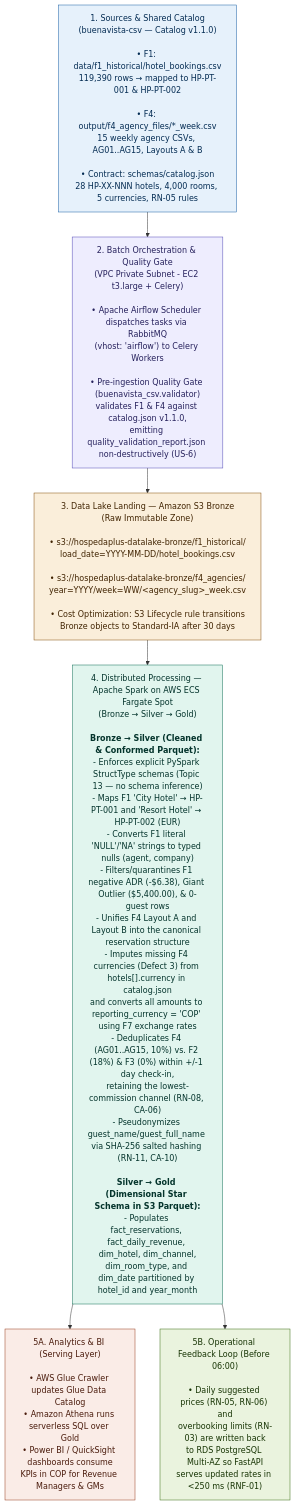
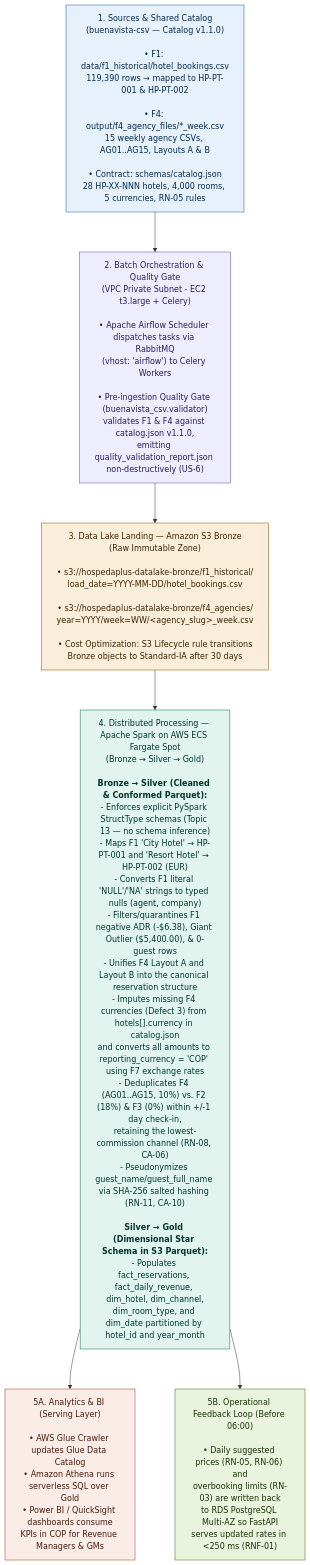
One commit to HospedaPlus/hospedaplus-csv changed the diagram in docs/data-sources/index.md. Above: the diagram before and after it, drawn with Mermaid.

Commit message:
Commit: Update index.md with pricing details and flowchart
Added details about country seasons and pricing, and included a flowchart for end-to-end data flow in the Medallion Architecture.

````diff
--- a/docs/data-sources/index.md
+++ b/docs/data-sources/index.md
@@ -40,32 +40,33 @@
 ```mermaid
+%%{init: {'flowchart': {'nodeSpacing': 80, 'rankSpacing': 80, 'htmlLabels': true}, 'themeVariables': {'fontSize': '16px'}}}%%
 flowchart TD
     A["1. Sources & Shared Catalog<br/>(buenavista-csv — Catalog v1.1.0)<br/><br/>• F1: data/f1_historical/hotel_bookings.csv<br/>119,390 rows → mapped to HP-PT-001 & HP-PT-002<br/><br/>• F4: output/f4_agency_files/*_week.csv<br/>15 weekly agency CSVs, AG01..AG15, Layouts A & B<br/><br/>• Contract: schemas/catalog.json<br/>28 HP-XX-NNN hotels, 4,000 rooms, 5 currencies, RN-05 rules"]
 
     B["2. Batch Orchestration & Quality Gate<br/>(VPC Private Subnet - EC2 t3.large + Celery)<br/><br/>• Apache Airflow Scheduler dispatches tasks via RabbitMQ<br/>(vhost: 'airflow') to Celery Workers<br/><br/>• Pre-ingestion Quality Gate (buenavista_csv.validator)<br/>validates F1 & F4 against catalog.json v1.1.0,<br/>emitting quality_validation_report.json non-destructively (US-6)"]
 
     C["3. Data Lake Landing — Amazon S3 Bronze<br/>(Raw Immutable Zone)<br/><br/>• s3://hospedaplus-datalake-bronze/f1_historical/<br/>load_date=YYYY-MM-DD/hotel_bookings.csv<br/><br/>• s3://hospedaplus-datalake-bronze/f4_agencies/<br/>year=YYYY/week=WW/&lt;agency_slug&gt;_week.csv<br/><br/>• Cost Optimization: S3 Lifecycle rule transitions<br/>Bronze objects to Standard-IA after 30 days"]
 
     D["4. Distributed Processing — Apache Spark on AWS ECS Fargate Spot<br/>(Bronze → Silver → Gold)<br/><br/><b>Bronze → Silver (Cleaned & Conformed Parquet):</b><br/>- Enforces explicit PySpark StructType schemas (Topic 13 — no schema inference)<br/>- Maps F1 'City Hotel' → HP-PT-001 and 'Resort Hotel' → HP-PT-002 (EUR)<br/>- Converts F1 literal 'NULL'/'NA' strings to typed nulls (agent, company)<br/>- Filters/quarantines F1 negative ADR (-$6.38), Giant Outlier ($5,400.00), & 0-guest rows<br/>- Unifies F4 Layout A and Layout B into the canonical reservation structure<br/>- Imputes missing F4 currencies (Defect 3) from hotels[].currency in catalog.json<br/>and converts all amounts to reporting_currency = 'COP' using F7 exchange rates<br/>- Deduplicates F4 (AG01..AG15, 10%) vs. F2 (18%) & F3 (0%) within +/-1 day check-in,<br/>retaining the lowest-commission channel (RN-08, CA-06)<br/>- Pseudonymizes guest_name/guest_full_name via SHA-256 salted hashing (RN-11, CA-10)<br/><br/><b>Silver → Gold (Dimensional Star Schema in S3 Parquet):</b><br/>- Populates fact_reservations, fact_daily_revenue, dim_hotel, dim_channel,<br/>dim_room_type, and dim_date partitioned by hotel_id and year_month"]
 
     E["5A. Analytics & BI (Serving Layer)<br/><br/>• AWS Glue Crawler updates Glue Data Catalog<br/>• Amazon Athena runs serverless SQL over Gold<br/>• Power BI / QuickSight dashboards consume<br/>KPIs in COP for Revenue Managers & GMs"]
 
     F["5B. Operational Feedback Loop (Before 06:00)<br/><br/>• Daily suggested prices (RN-05, RN-06) and<br/>overbooking limits (RN-03) are written back<br/>to RDS PostgreSQL Multi-AZ so FastAPI<br/>serves updated rates in &lt;250 ms (RNF-01)"]
 
     A --> B --> C --> D
     D --> E
     D --> F
 
     classDef sources fill:#E6F1FB,stroke:#185FA5,color:#042C53
     classDef batch fill:#EEEDFE,stroke:#534AB7,color:#26215C
     classDef lake fill:#FAEEDA,stroke:#854F0B,color:#412402
     classDef spark fill:#E1F5EE,stroke:#0F6E56,color:#04342C
     classDef serving fill:#FAECE7,stroke:#993C1D,color:#4A1B0C
     classDef feedback fill:#EAF3DE,stroke:#3B6D11,color:#173404
 
     class A sources
     class B batch
     class C lake
     class D spark
     class E serving
     class F feedback
 ```
````
